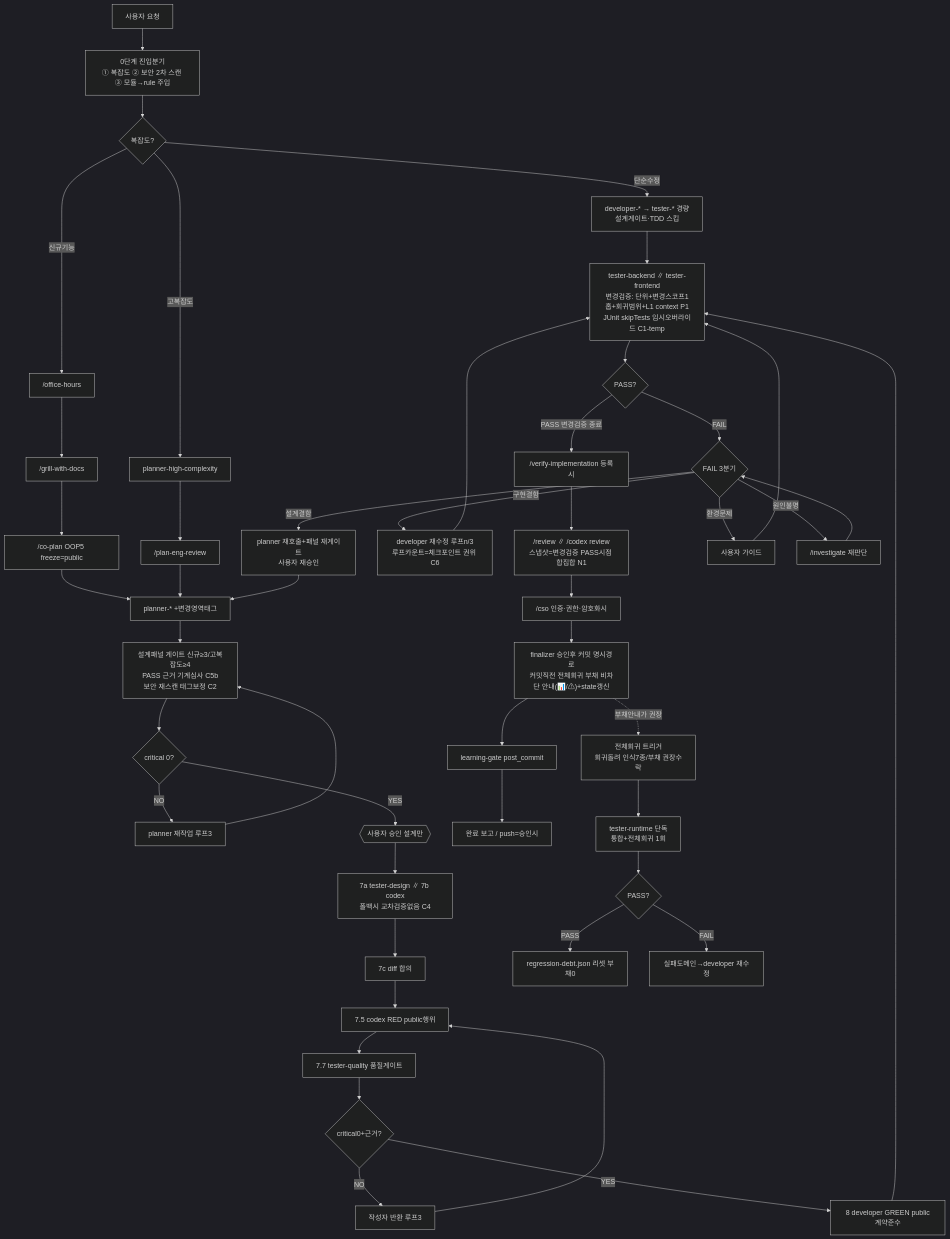
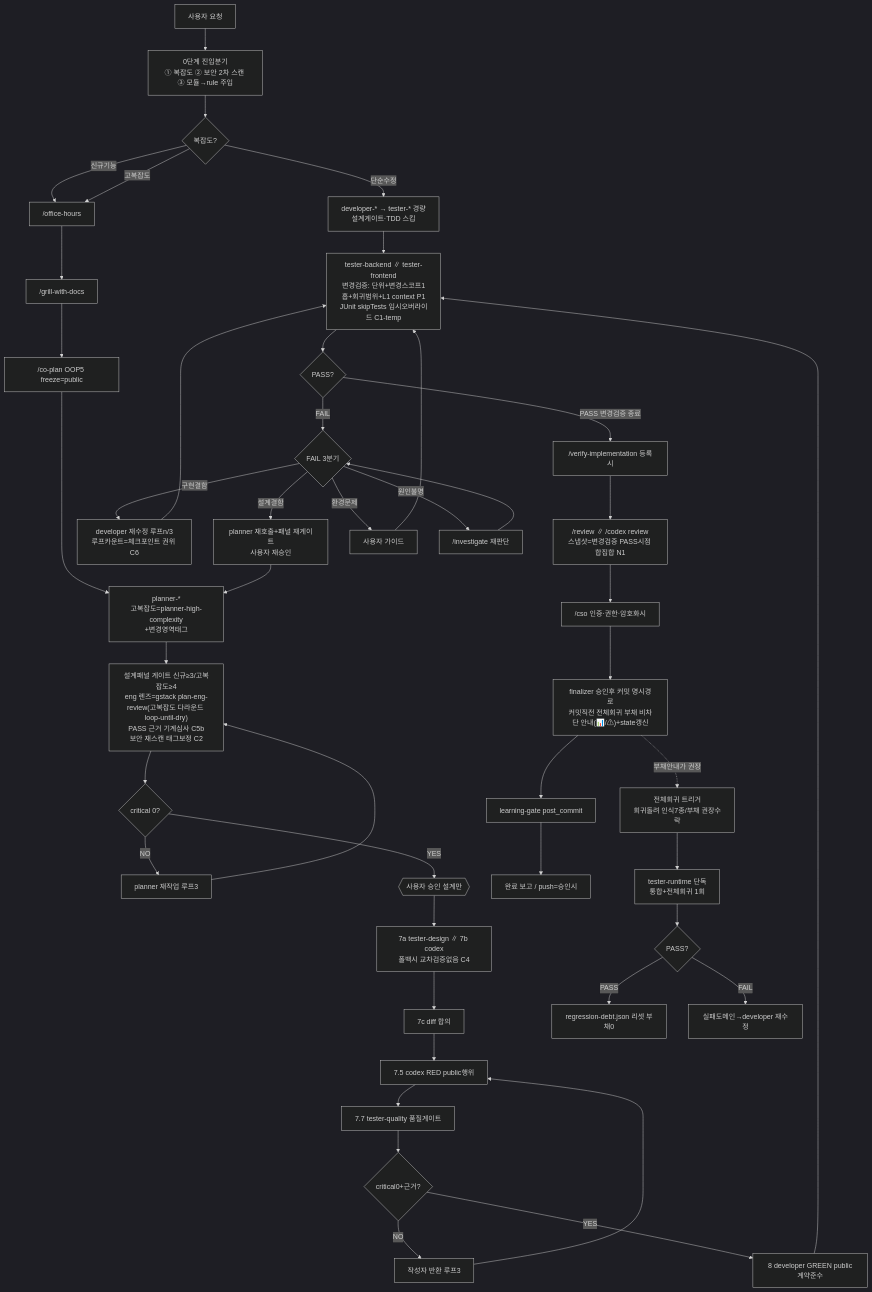
The diagram in README.md (JungwooKim1271011706/harness-setup), drawn with Mermaid (dark theme) before and after one commit. The commit also changed 2 other files, not shown here.

Commit message:
docs(readme): mermaid에서 제거된 /plan-eng-review 단독노드 정리 — v1.4.1
- HC1→HCE("/plan-eng-review")→PL 삭제 (단독 단계는 패널 eng와 중복이라 제거됨)
- 고복잡도 트랙을 신규기능과 동일 흐름으로 수정 (office-hours→grill→co-plan→planner-high-complexity)
- eng 심층검증 = 설계패널 eng 다라운드(gstack plan-eng-review 렌즈)임을 GATE에 명시
- VERSION 1.4.0→1.4.1 (PATCH: 문서)

````diff
--- a/README.md
+++ b/README.md
@@ -11,43 +11,42 @@
 ```mermaid
 flowchart TD
   REQ["사용자 요청"] --> S0["0단계 진입분기<br/>① 복잡도 ② 보안 2차 스캔 ③ 모듈→rule 주입"]
   S0 --> CPX{복잡도?}
 
   CPX -->|단순수정| SIMP["developer-* → tester-* 경량<br/>설계게이트·TDD 스킵"]
   SIMP --> POST
   CPX -->|신규기능| NF1["/office-hours"]
-  CPX -->|고복잡도| HC1["planner-high-complexity"]
+  CPX -->|고복잡도| NF1
 
-  NF1 --> NF2["/grill-with-docs"] --> NF3["/co-plan OOP5 freeze=public"] --> PL["planner-* +변경영역태그"]
-  HC1 --> HCE["/plan-eng-review"] --> PL
-  PL --> GATE["설계패널 게이트 신규≥3/고복잡도≥4<br/>PASS 근거 기계심사 C5b<br/>보안 재스캔 태그보정 C2"]
+  NF1 --> NF2["/grill-with-docs"] --> NF3["/co-plan OOP5 freeze=public"] --> PL["planner-*<br/>고복잡도=planner-high-complexity<br/>+변경영역태그"]
+  PL --> GATE["설계패널 게이트 신규≥3/고복잡도≥4<br/>eng 렌즈=gstack plan-eng-review(고복잡도 다라운드 loop-until-dry)<br/>PASS 근거 기계심사 C5b<br/>보안 재스캔 태그보정 C2"]
   GATE --> CRIT{critical 0?}
   CRIT -->|NO| PLRE["planner 재작업 루프3"] --> GATE
   CRIT -->|YES| APV{{"사용자 승인 설계만"}}
 
   APV --> T7A["7a tester-design ∥ 7b codex<br/>폴백시 교차검증없음 C4"]
   T7A --> T7C["7c diff 합의"] --> T75["7.5 codex RED public행위"] --> T77["7.7 tester-quality 품질게이트"]
   T77 --> Q77{critical0+근거?}
   Q77 -->|NO| RET["작성자 반환 루프3"] --> T75
   Q77 -->|YES| T8["8 developer GREEN public계약준수"]
   T8 --> POST
 
   POST["tester-backend ∥ tester-frontend<br/>변경검증: 단위+변경스코프1홉+회귀범위+L1 context P1<br/>JUnit skipTests 임시오버라이드 C1-temp"]
   POST --> PF{PASS?}
   PF -->|PASS 변경검증 종료| VER["/verify-implementation 등록시"]
   VER --> REV["/review ∥ /codex review<br/>스냅샷=변경검증 PASS시점 합집합 N1"]
   REV --> CSO["/cso 인증·권한·암호화시"] --> FIN["finalizer 승인후 커밋 명시경로<br/>커밋직전 전체회귀 부채 비차단 안내(📊/⚠)+state갱신"]
   FIN --> LG["learning-gate post_commit"] --> DONE["완료 보고 / push=승인시"]
 
   PF -->|FAIL| FB{FAIL 3분기}
   FB -->|구현결함| DEV["developer 재수정 루프n/3<br/>루프카운트=체크포인트 권위 C6"] --> POST
   FB -->|설계결함| DM["planner 재호출+패널 재게이트<br/>사용자 재승인"] --> PL
   FB -->|환경문제| EN["사용자 가이드"] --> POST
   FB -->|원인불명| INV["/investigate 재판단"] --> FB
 
   FIN -.부채안내가 권장.-> DEBT["전체회귀 트리거<br/>회귀돌려 인식7종/부채 권장수락"]
   DEBT --> RT["tester-runtime 단독<br/>통합+전체회귀 1회"]
   RT --> RTP{PASS?}
   RTP -->|PASS| RST["regression-debt.json 리셋 부채0"]
   RTP -->|FAIL| RTF["실패도메인→developer 재수정"]
 ```
````
